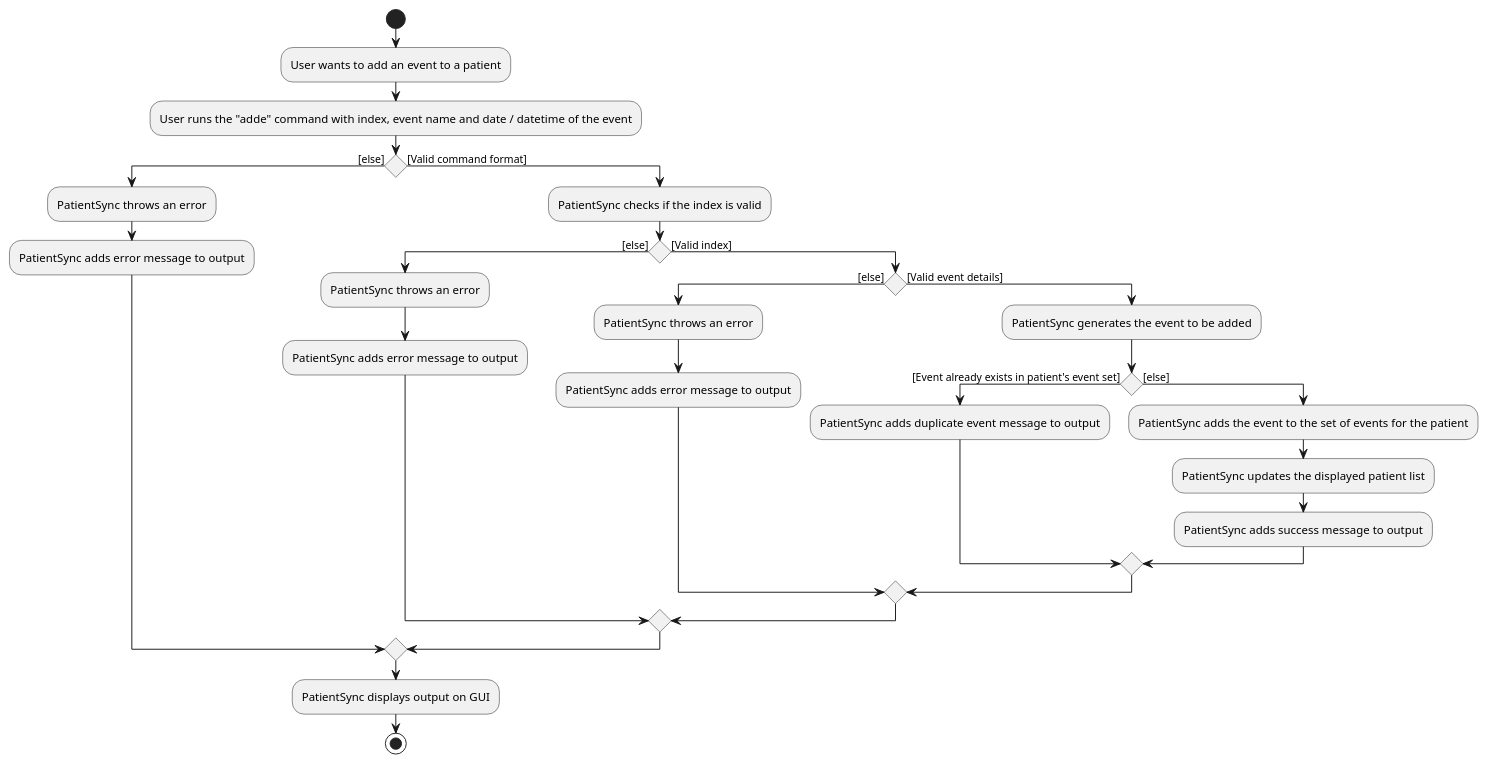
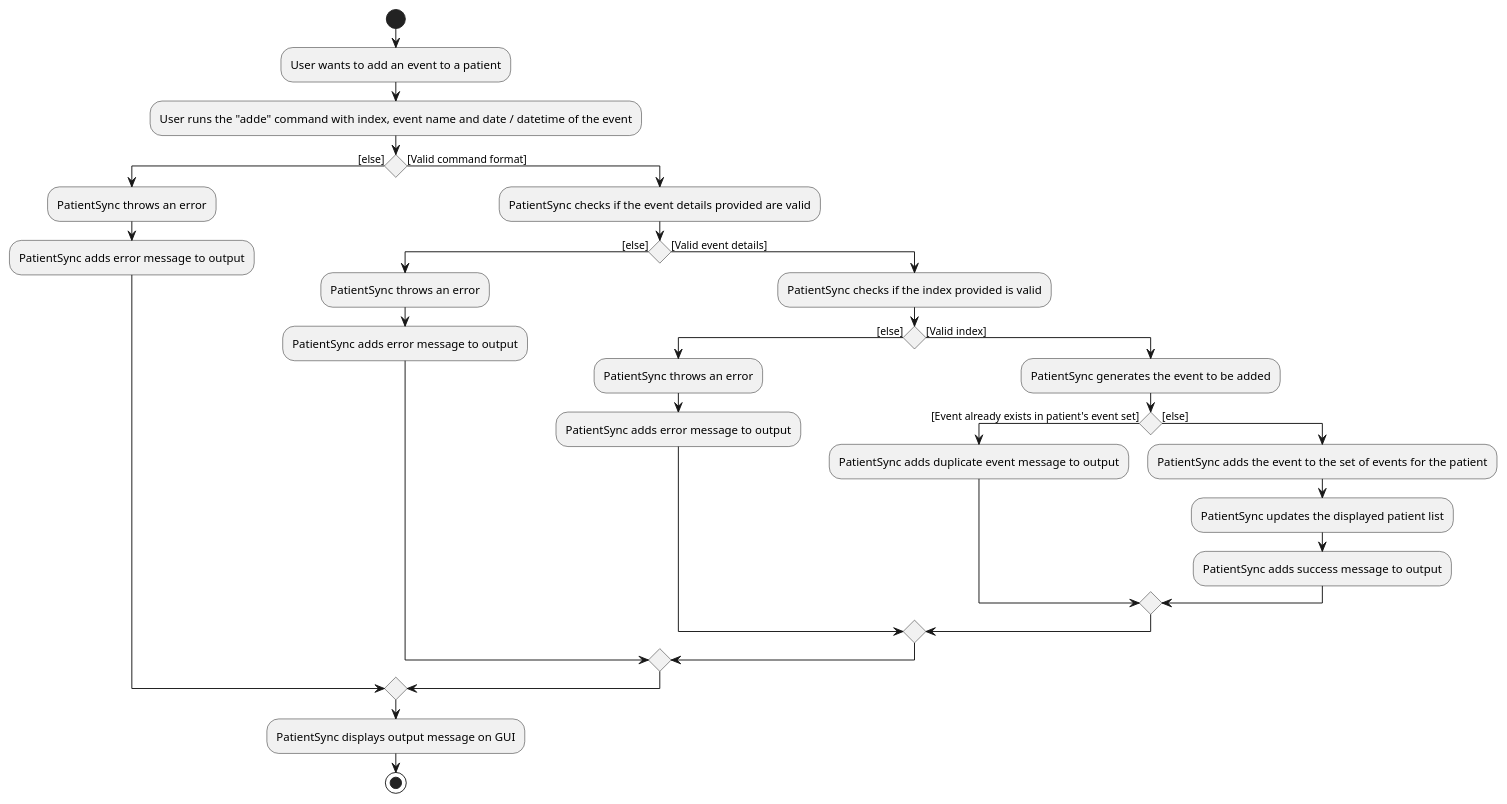
The diagram in docs/diagrams/AddEventActivityDiagram.puml (NeoHW/tp), drawn with PlantUML before and after one commit.

Commit message:
fix-doc: Fix ordering of AddEvent Activity Diagram

```diff
--- a/docs/diagrams/AddEventActivityDiagram.puml
+++ b/docs/diagrams/AddEventActivityDiagram.puml
@@ -1,31 +1,32 @@
 @startuml
 start
 :User wants to add an event to a patient;
 :User runs the "adde" command with index, event name and date / datetime of the event;
 if () then ([else])
     :PatientSync throws an error;
     :PatientSync adds error message to output;
 else ([Valid command format])
-    :PatientSync checks if the index is valid;
+    :PatientSync checks if the event details provided are valid;
     if () then ([else])
         :PatientSync throws an error;
         :PatientSync adds error message to output;
-    else ([Valid index])
+    else ([Valid event details])
+        :PatientSync checks if the index provided is valid;
         if () then ([else])
             :PatientSync throws an error;
             :PatientSync adds error message to output;
-        else ([Valid event details])
+        else ([Valid index])
             :PatientSync generates the event to be added;
             if () then ([Event already exists in patient's event set])
                 :PatientSync adds duplicate event message to output;
             else ([else])
                 :PatientSync adds the event to the set of events for the patient;
                 :PatientSync updates the displayed patient list;
                 :PatientSync adds success message to output;
             endif
         endif
     endif
 endif
-:PatientSync displays output on GUI;
+:PatientSync displays output message on GUI;
 stop
 @enduml
```
